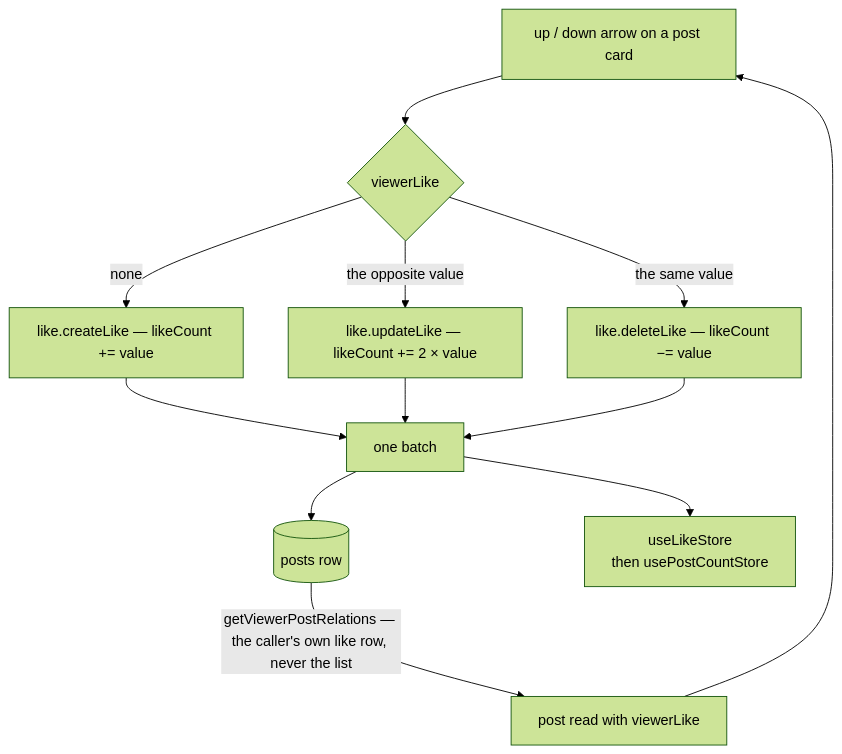
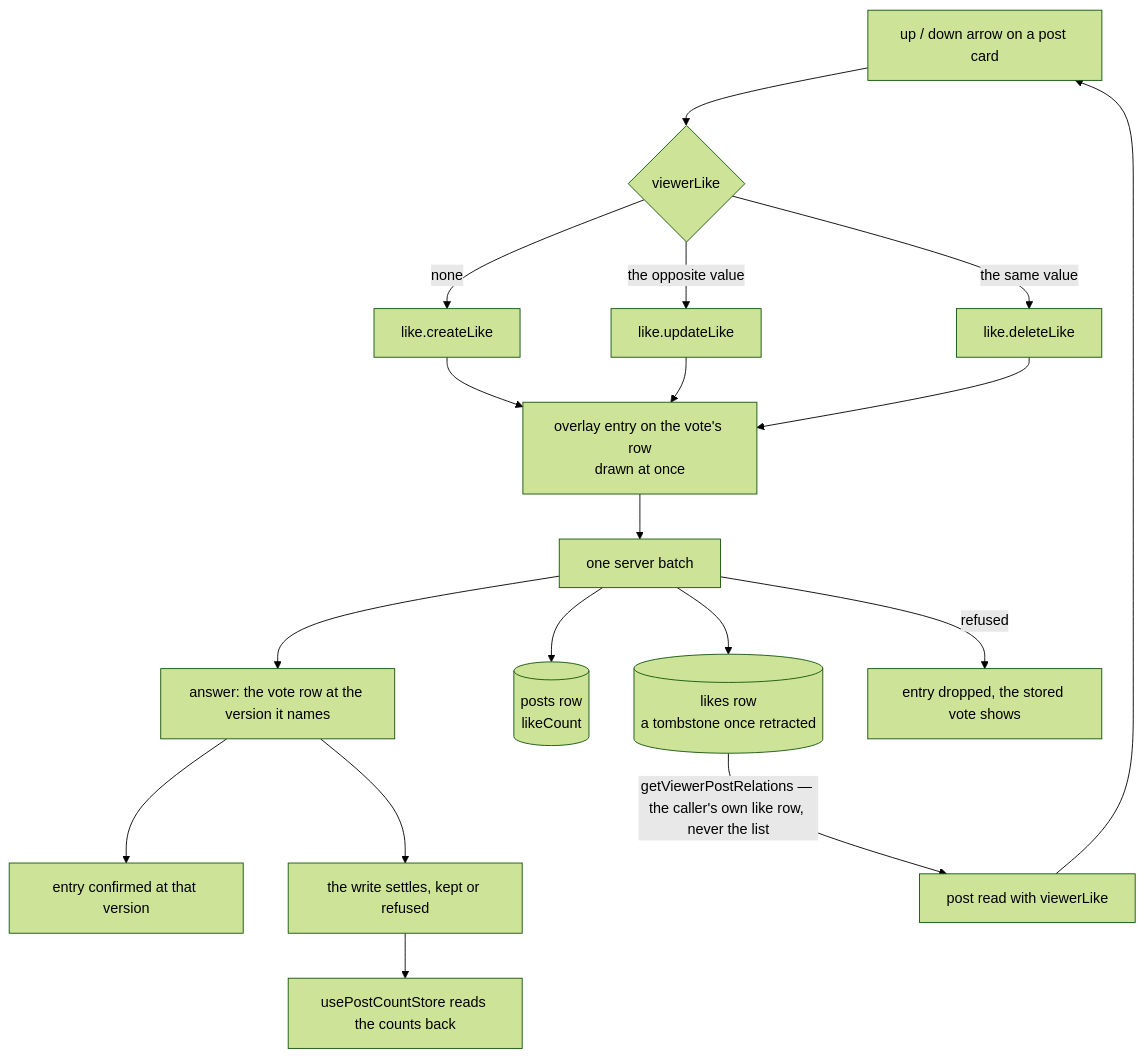
One commit to Esposter/Esposter changed the diagram in openspec/specs/post/likes/design.md. Above: the diagram before and after it, drawn with Mermaid (forest theme). The commit also changed other lines of this file and 22 other files, not shown here.

First line of the commit message:
docs(openspec): the pages that still described rollbacks state the overlay as built, where a refused write drops its entry

````diff
--- a/openspec/specs/post/likes/design.md
+++ b/openspec/specs/post/likes/design.md
@@ -7,14 +7,20 @@
 ```mermaid
 flowchart TD
   arrows["up / down arrow on a post card"] --> pick{"viewerLike"}
-  pick -->|"none"| createLike["like.createLike — likeCount += value"]
-  pick -->|"the opposite value"| updateLike["like.updateLike — likeCount += 2 × value"]
-  pick -->|"the same value"| deleteLike["like.deleteLike — likeCount −= value"]
-  createLike --> txn
-  updateLike --> txn
-  deleteLike --> txn["one batch"]
-  txn --> row[("posts row")]
-  txn --> patch["useLikeStore<br/>then usePostCountStore"]
+  pick -->|"none"| createLike["like.createLike"]
+  pick -->|"the opposite value"| updateLike["like.updateLike"]
+  pick -->|"the same value"| deleteLike["like.deleteLike"]
+  createLike --> entry["overlay entry on the vote's row<br/>drawn at once"]
+  updateLike --> entry
+  deleteLike --> entry
+  entry --> batch["one server batch"]
+  batch --> row[("likes row<br/>a tombstone once retracted")]
+  batch --> count[("posts row<br/>likeCount")]
+  batch --> answer["answer: the vote row at the version it names"]
+  batch -->|"refused"| drop["entry dropped, the stored vote shows"]
+  answer --> confirm["entry confirmed at that version"]
+  answer --> settle["the write settles, kept or refused"]
+  settle --> read["usePostCountStore reads the counts back"]
   row -->|"getViewerPostRelations — the caller's own like row, never the list"| viewer["post read with viewerLike"]
   viewer --> arrows
 ```
````
